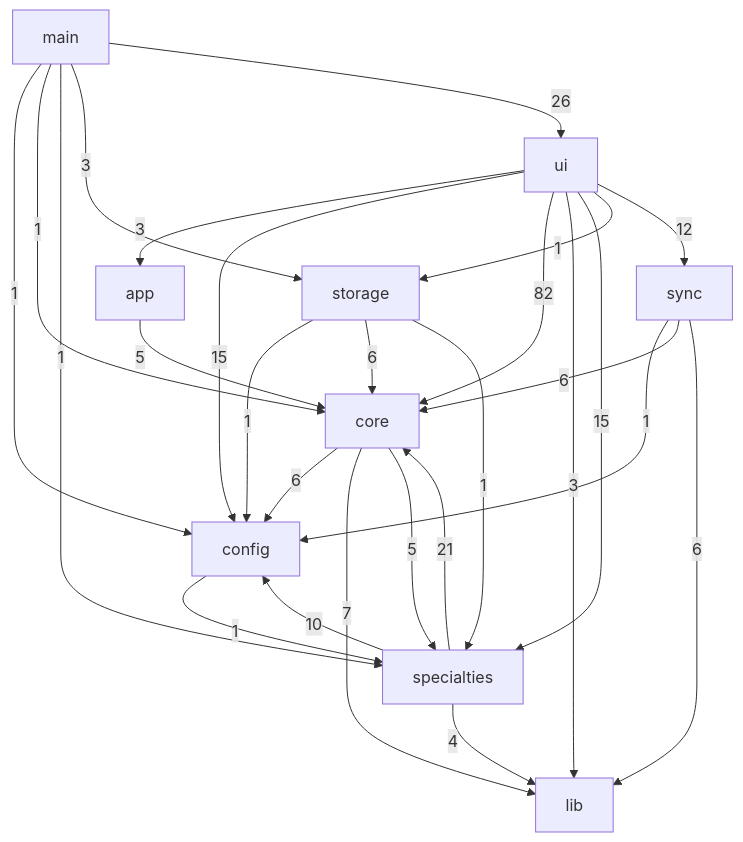
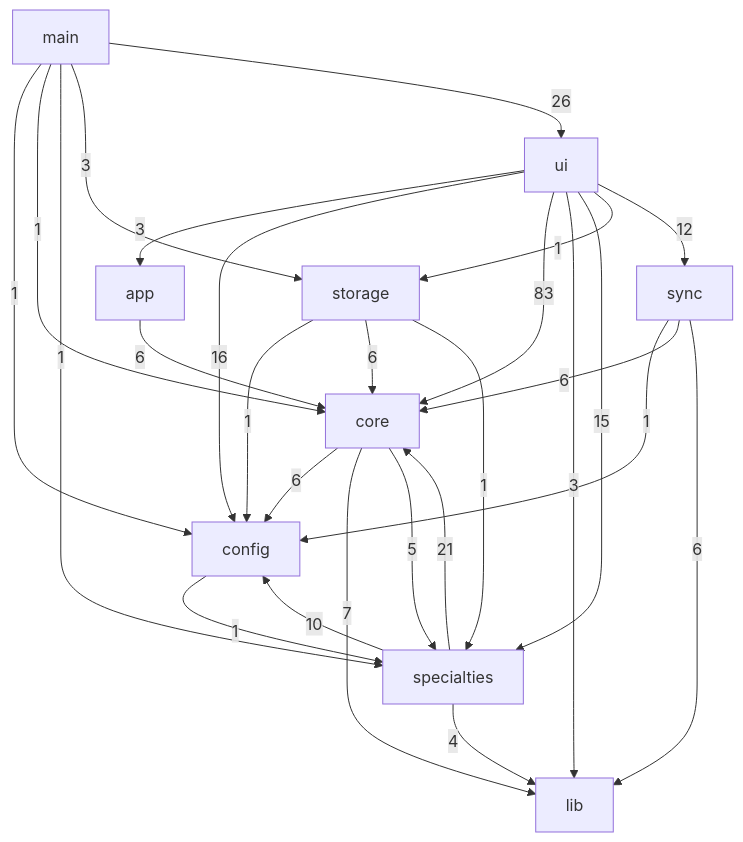
The diagram in docs/DEPENDENCIAS.md (DanielOpazoD/rondahhroftalmologia), drawn with Mermaid before and after one commit. The commit also changed other lines of this file and 24 other files, not shown here.

````diff
--- a/docs/DEPENDENCIAS.md
+++ b/docs/DEPENDENCIAS.md
@@ -27,29 +27,29 @@
 ```mermaid
 flowchart TD
-  app -->|5| core
+  app -->|6| core
   config -->|1| specialties
   core -->|6| config
   core -->|7| lib
   core -->|5| specialties
   main -->|1| config
   main -->|1| core
   main -->|1| specialties
   main -->|3| storage
   main -->|26| ui
   specialties -->|10| config
   specialties -->|21| core
   specialties -->|4| lib
   storage -->|1| config
   storage -->|6| core
   storage -->|1| specialties
   sync -->|1| config
   sync -->|6| core
   sync -->|6| lib
   ui -->|3| app
-  ui -->|15| config
-  ui -->|82| core
+  ui -->|16| config
+  ui -->|83| core
   ui -->|3| lib
   ui -->|15| specialties
   ui -->|1| storage
   ui -->|12| sync
 ```
````
